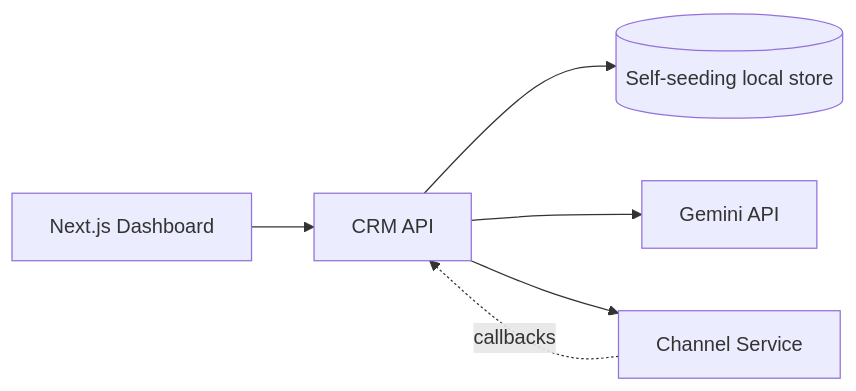
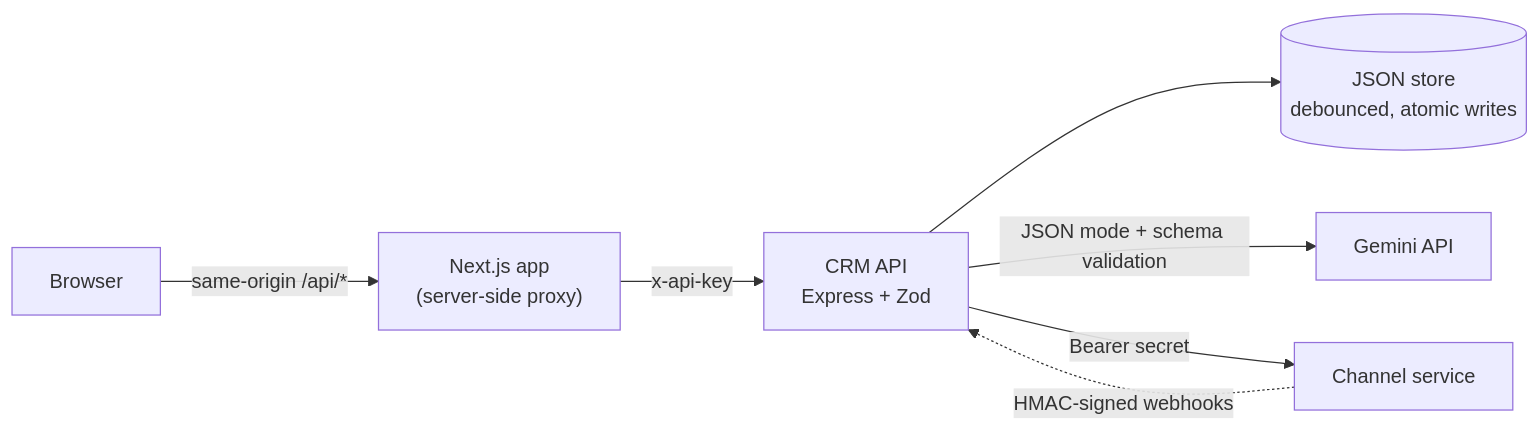
One commit to Dhruvaryan-10/xeno changed the first of 2 diagrams in README.md. Above: the diagram before and after it, drawn with Mermaid. The commit also changed other lines of this file and 67 other files, not shown here.

````diff
--- a/README.md
+++ b/README.md
@@ -12,8 +28,9 @@
 ```mermaid
 flowchart LR
-  Web["Next.js Dashboard"] --> CRM["CRM API"]
-  CRM --> DB[("Self-seeding local store")]
-  CRM --> Gemini["Gemini API"]
-  CRM --> Channel["Channel Service"]
-  Channel -. callbacks .-> CRM
+  Browser -->|same-origin /api/*| Web["Next.js app<br/>(server-side proxy)"]
+  Web -->|x-api-key| CRM["CRM API<br/>Express + Zod"]
+  CRM --> Store[("JSON store<br/>debounced, atomic writes")]
+  CRM -->|JSON mode + schema validation| Gemini["Gemini API"]
+  CRM -->|Bearer secret| Channel["Channel service"]
+  Channel -. HMAC-signed webhooks .-> CRM
 ```
````
